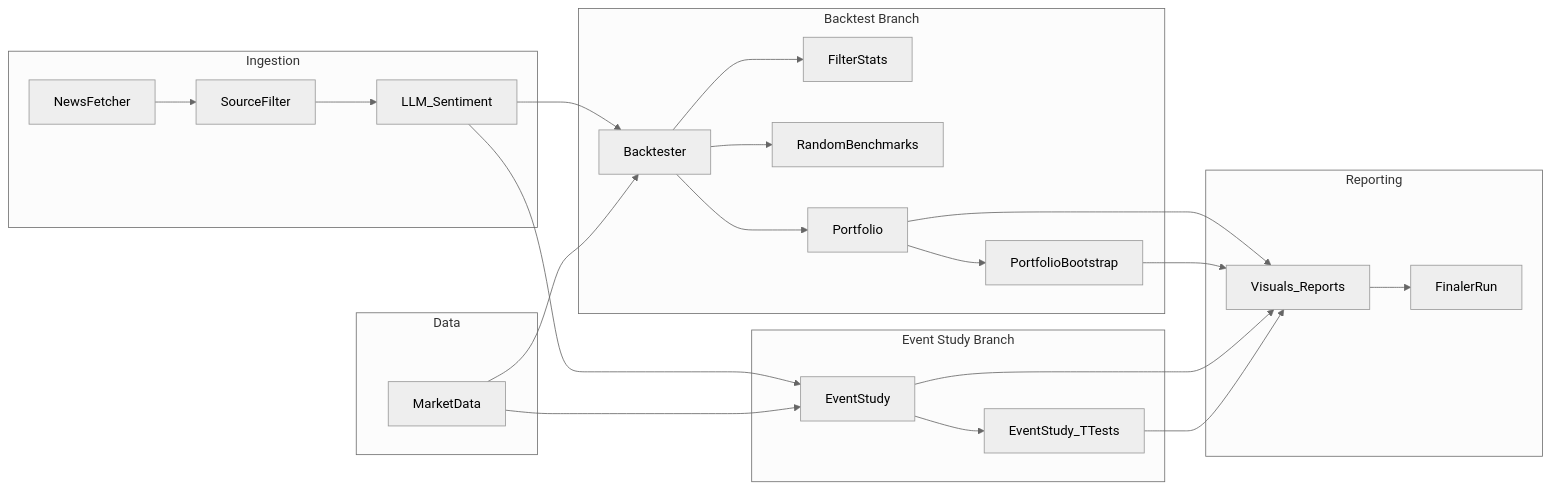
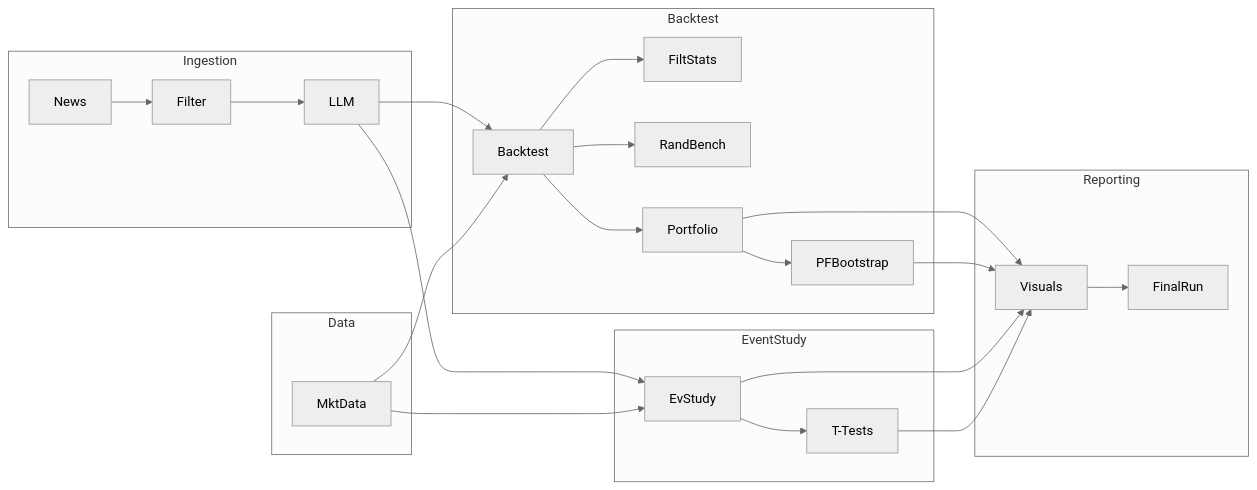
Before and after one commit to Lugier/intraday-news-sentiment-backtester: the diagram in README.md, drawn with Mermaid (neutral theme).

Commit message:
docs: Mermaid-Knotennamen verkürzt, damit nichts abgeschnitten wird

````diff
--- a/README.md
+++ b/README.md
@@ -56,40 +56,40 @@
 ```mermaid
 flowchart LR
 
   %% Ingestion
   subgraph INGESTION [Ingestion]
-    NF[NewsFetcher] --> SF[SourceFilter]
-    SF --> LLM[LLM_Sentiment]
+    NF[News] --> SF[Filter]
+    SF --> LLM[LLM]
   end
 
   %% Data
   subgraph DATA [Data]
-    MD[MarketData]
+    MD[MktData]
   end
 
-  %% Backtest Branch
-  subgraph BACKTEST [Backtest Branch]
-    LLM --> BT[Backtester]
+  %% Backtest
+  subgraph BACKTEST [Backtest]
+    LLM --> BT[Backtest]
     MD --> BT
-    BT --> FS[FilterStats]
-    BT --> RB[RandomBenchmarks]
+    BT --> FS[FiltStats]
+    BT --> RB[RandBench]
     BT --> PF[Portfolio]
-    PF --> PB[PortfolioBootstrap]
+    PF --> PB[PFBootstrap]
   end
 
-  %% Event Study Branch
-  subgraph EVENTSTUDY [Event Study Branch]
-    LLM --> ES[EventStudy]
+  %% Event Study
+  subgraph EVENTSTUDY [EventStudy]
+    LLM --> ES[EvStudy]
     MD --> ES
-    ES --> EST[EventStudy_TTests]
+    ES --> EST[T-Tests]
   end
 
   %% Reporting
   subgraph REPORTING [Reporting]
-    PF --> VR[Visuals_Reports]
+    PF --> VR[Visuals]
     PB --> VR
     ES --> VR
     EST --> VR
-    VR --> OUT[FinalerRun]
+    VR --> OUT[FinalRun]
   end
 ```
````
